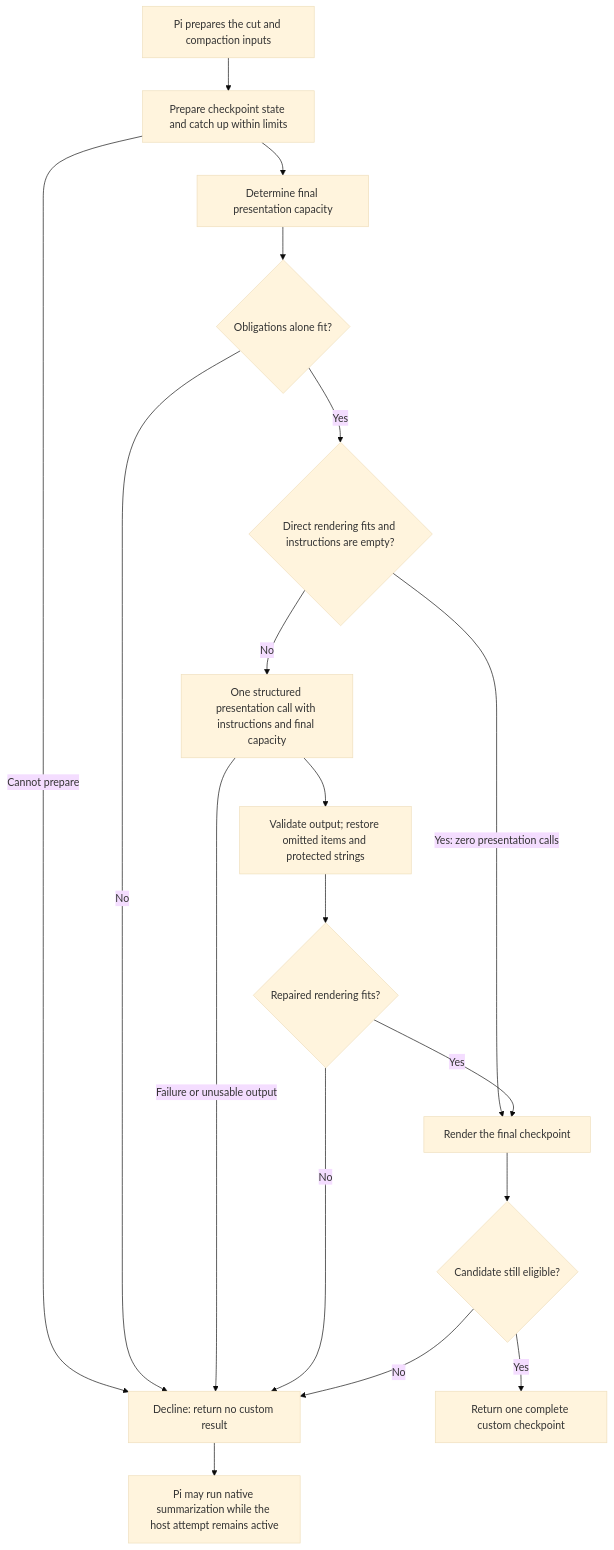
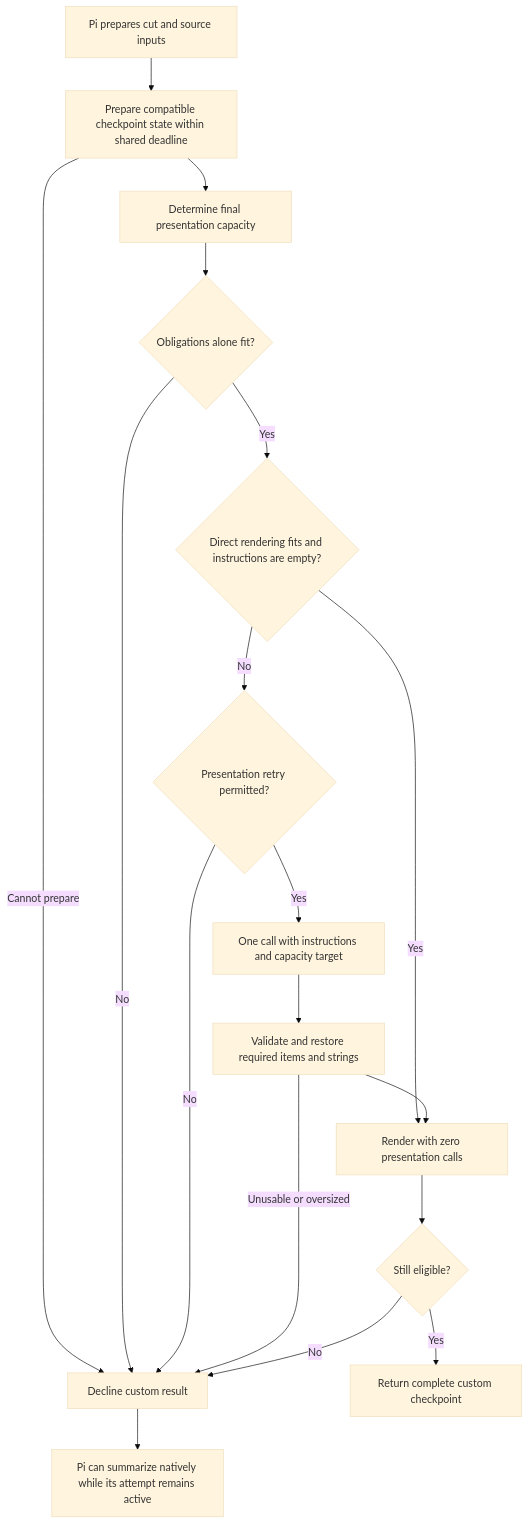
Before and after one commit to kvnxiao/orbis: the first of 2 diagrams in packages/memory/specs/compaction.md, drawn with Mermaid (base theme). The commit also changed other lines of this file and 11 other files, not shown here.

````diff
--- a/packages/memory/specs/compaction.md
+++ b/packages/memory/specs/compaction.md
@@ -43,20 +69,20 @@
 ```mermaid
 flowchart TD
-    P["Pi prepares the cut and compaction inputs"] --> C["Prepare checkpoint state and catch up within limits"]
-    C -->|"Cannot prepare"| F["Decline: return no custom result"]
+    P["Pi prepares cut and source inputs"] --> C["Prepare compatible checkpoint state within shared deadline"]
+    C -->|"Cannot prepare"| F["Decline custom result"]
     C --> B["Determine final presentation capacity"]
     B --> O{"Obligations alone fit?"}
     O -->|No| F
     O -->|Yes| D{"Direct rendering fits and instructions are empty?"}
-    D -->|"Yes: zero presentation calls"| R["Render the final checkpoint"]
-    D -->|No| M["One structured presentation call with instructions and final capacity"]
-    M -->|"Failure or unusable output"| F
-    M --> V["Validate output; restore omitted items and protected strings"]
-    V --> E{"Repaired rendering fits?"}
-    E -->|No| F
-    E -->|Yes| R
-    R --> Q{"Candidate still eligible?"}
+    D -->|Yes| R["Render with zero presentation calls"]
+    D -->|No| S{"Presentation retry permitted?"}
+    S -->|No| F
+    S -->|Yes| M["One call with instructions and capacity target"]
+    M --> V["Validate and restore required items and strings"]
+    V -->|"Unusable or oversized"| F
+    V --> R
+    R --> Q{"Still eligible?"}
     Q -->|No| F
-    Q -->|Yes| U["Return one complete custom checkpoint"]
-    F --> N["Pi may run native summarization while the host attempt remains active"]
+    Q -->|Yes| U["Return complete custom checkpoint"]
+    F --> N["Pi can summarize natively while its attempt remains active"]
 ```
````
